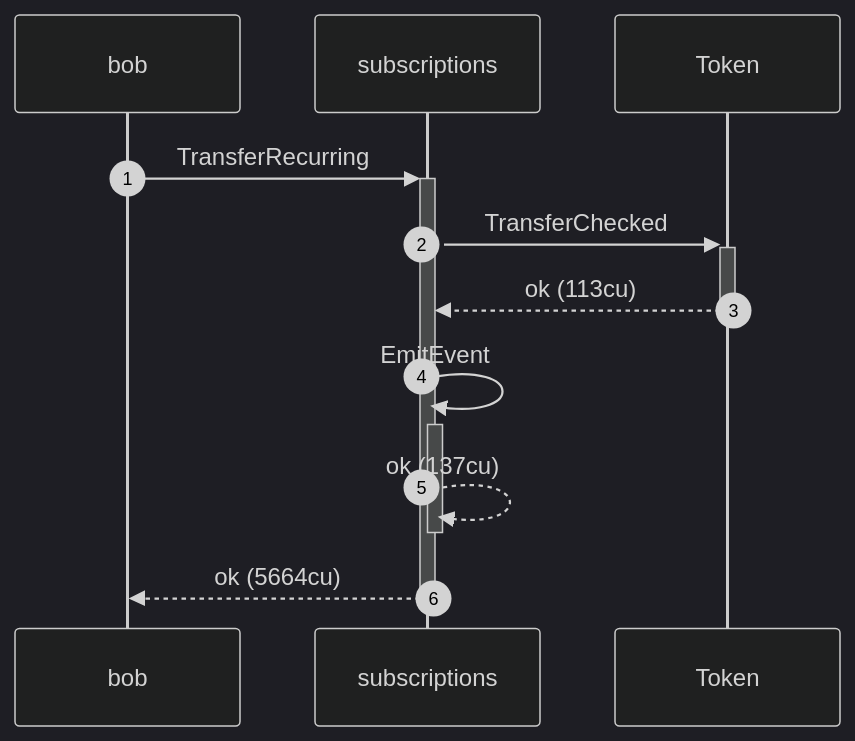
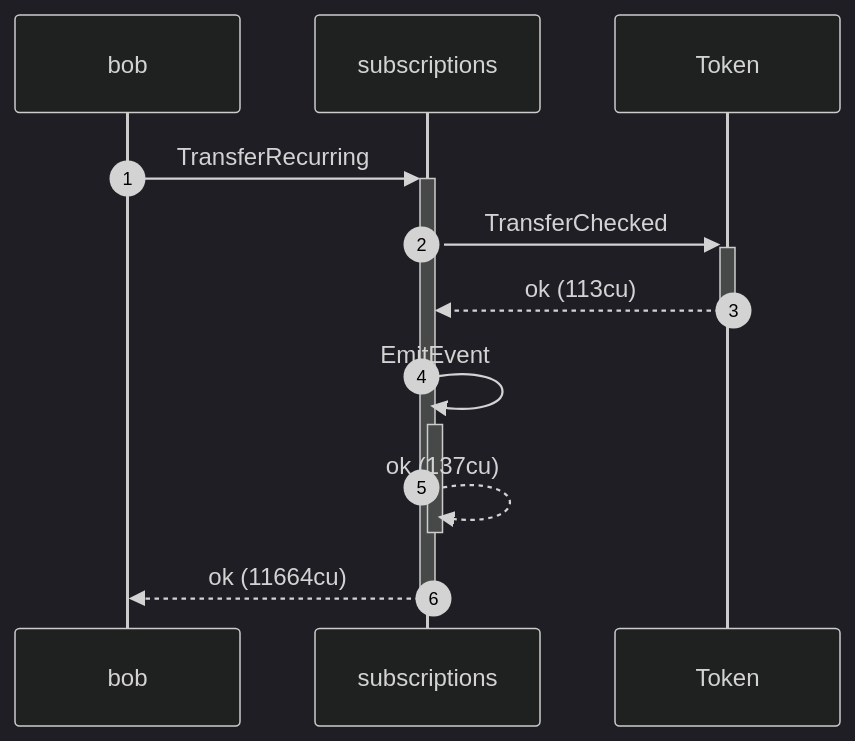
The tenth of 12 diagrams in dsl_tests/recurring-transfer-to-a-third-party.md (cds-rs/subscriptions), drawn with Mermaid (dark theme) before and after one commit. The commit also changed other lines of this file and 224 other files, not shown here.

````diff
--- a/dsl_tests/recurring-transfer-to-a-third-party.md
+++ b/dsl_tests/recurring-transfer-to-a-third-party.md
@@ -198,13 +207,13 @@
 ```mermaid
 sequenceDiagram
     autonumber
     participant bob
     participant subscriptions
     participant Token
     bob ->>+ subscriptions: TransferRecurring
     subscriptions ->>+ Token: TransferChecked
     Token -->>- subscriptions: ok (113cu)
     subscriptions ->>+ subscriptions: EmitEvent
     subscriptions -->>- subscriptions: ok (137cu)
-    subscriptions -->>- bob: ok (5664cu)
+    subscriptions -->>- bob: ok (11664cu)
 ```
````
